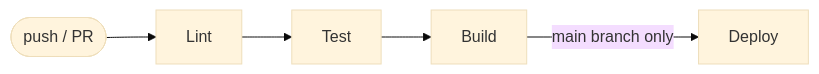
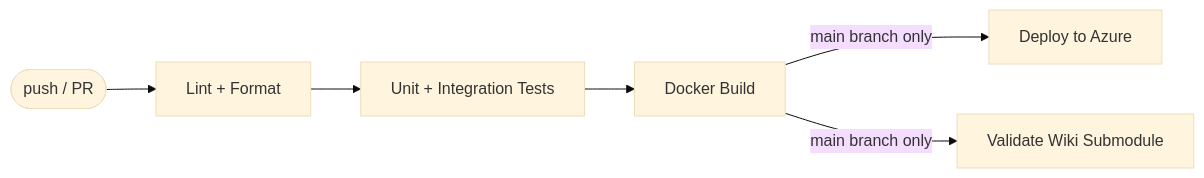
One commit to Jamil100/InfraAgent changed the second of 2 diagrams in docs/deployment.md. Above: the diagram before and after it, drawn with Mermaid (base theme). The commit also changed other lines of this file and 7 other files, not shown here.

````diff
--- a/docs/deployment.md
+++ b/docs/deployment.md
@@ -157,7 +338,8 @@
 ```mermaid
 graph LR
-    Trigger([push / PR]) --> Lint[Lint]
-    Lint --> Test[Test]
-    Test --> Build[Build]
-    Build -->|main branch only| Deploy[Deploy]
+    Trigger([push / PR]) --> Lint[Lint + Format]
+    Lint --> Test[Unit + Integration Tests]
+    Test --> Build[Docker Build]
+    Build -->|main branch only| Deploy[Deploy to Azure]
+    Build -->|main branch only| Submodule[Validate Wiki Submodule]
 ```
````
